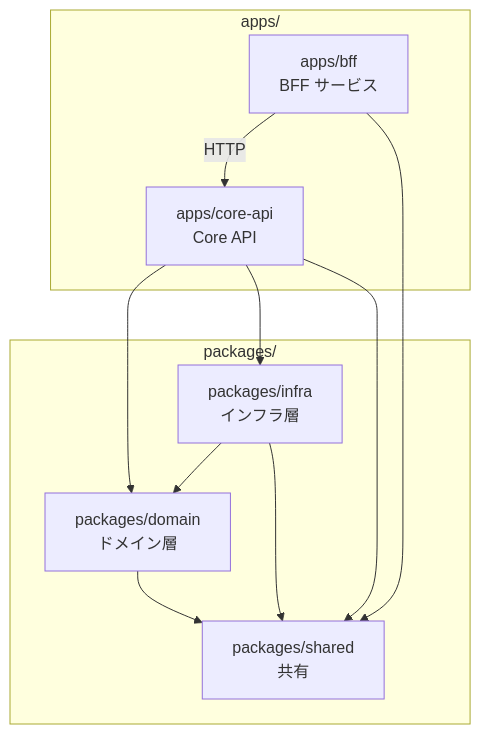
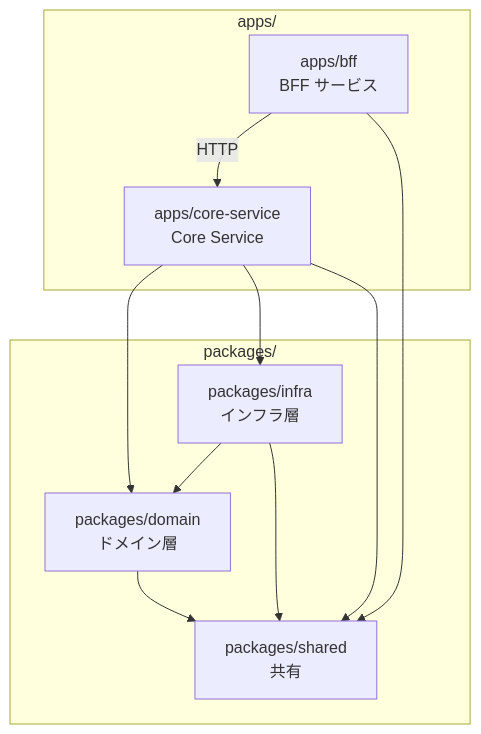
One commit to ka2kama/ringiflow changed the first of 4 diagrams in docs/06_技術ノート/Cargoワークスペース.md. Above: the diagram before and after it, drawn with Mermaid. The commit also changed other lines of this file and 55 other files, not shown here.

````diff
--- a/docs/06_技術ノート/Cargoワークスペース.md
+++ b/docs/06_技術ノート/Cargoワークスペース.md
@@ -62,25 +62,25 @@
 ```mermaid
 graph TB
     subgraph "apps/"
         BFF["apps/bff<br/>BFF サービス"]
-        CoreAPI["apps/core-api<br/>Core API"]
+        CoreService["apps/core-service<br/>Core Service"]
     end
 
     subgraph "packages/"
         Domain["packages/domain<br/>ドメイン層"]
         Infra["packages/infra<br/>インフラ層"]
         Shared["packages/shared<br/>共有"]
     end
 
-    BFF -->|HTTP| CoreAPI
+    BFF -->|HTTP| CoreService
     BFF --> Shared
 
-    CoreAPI --> Domain
-    CoreAPI --> Infra
-    CoreAPI --> Shared
+    CoreService --> Domain
+    CoreService --> Infra
+    CoreService --> Shared
 
     Infra --> Domain
     Infra --> Shared
 
     Domain --> Shared
 ```
````
